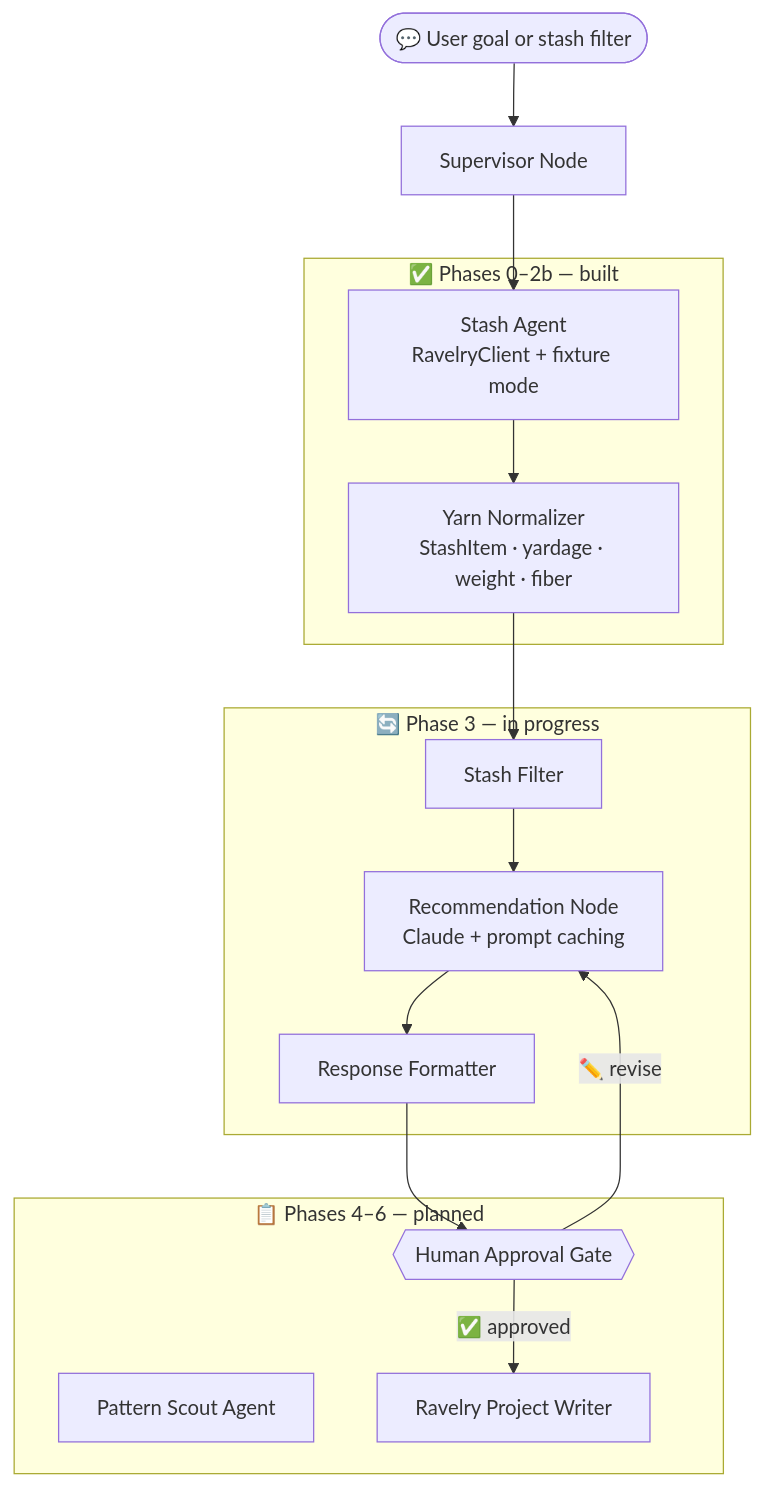
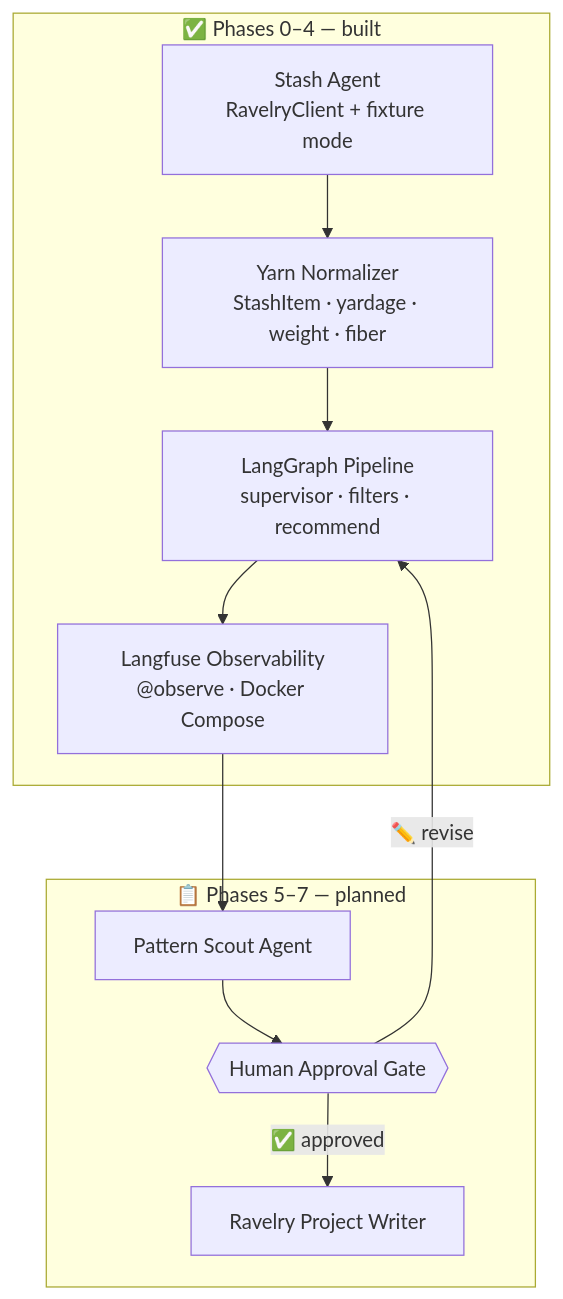
The second of 2 diagrams in README.md (ReneeErnst/skein-minder), drawn with Mermaid before and after one commit. The commit also changed other lines of this file and 1 other file, not shown here.

Commit message:
docs: update README and CLAUDE.md for Phase 4 (Langfuse, Docker, roadmap)

````diff
--- a/README.md
+++ b/README.md
@@ -26,32 +39,19 @@
 ```mermaid
 flowchart TD
-    User(["💬 User goal or stash filter"])
-    Supervisor["Supervisor Node"]
-
-    subgraph built ["✅ Phases 0–2b — built"]
+    subgraph built ["✅ Phases 0–4 — built"]
         Stash["Stash Agent\nRavelryClient + fixture mode"]
         Norm["Yarn Normalizer\nStashItem · yardage · weight · fiber"]
+        Graph["LangGraph Pipeline\nsupervisor · filters · recommend"]
+        Obs["Langfuse Observability\n@observe · Docker Compose"]
     end
 
-    subgraph phase3 ["🔄 Phase 3 — in progress"]
-        Filter["Stash Filter"]
-        LLM["Recommendation Node\nClaude + prompt caching"]
-        Format["Response Formatter"]
-    end
-
-    subgraph future ["📋 Phases 4–6 — planned"]
+    subgraph future ["📋 Phases 5–7 — planned"]
         Pattern["Pattern Scout Agent"]
         Gate{{"Human Approval Gate"}}
         Writer["Ravelry Project Writer"]
     end
 
-    User --> Supervisor
-    Supervisor --> Stash
-    Stash --> Norm
-    Norm --> Filter
-    Filter --> LLM
-    LLM --> Format
-    Format --> Gate
-    Gate -->|"✅ approved"| Writer
-    Gate -->|"✏️ revise"| LLM
+    Stash --> Norm --> Graph --> Obs
+    Obs --> Pattern --> Gate -->|"✅ approved"| Writer
+    Gate -->|"✏️ revise"| Graph
 ```
````
